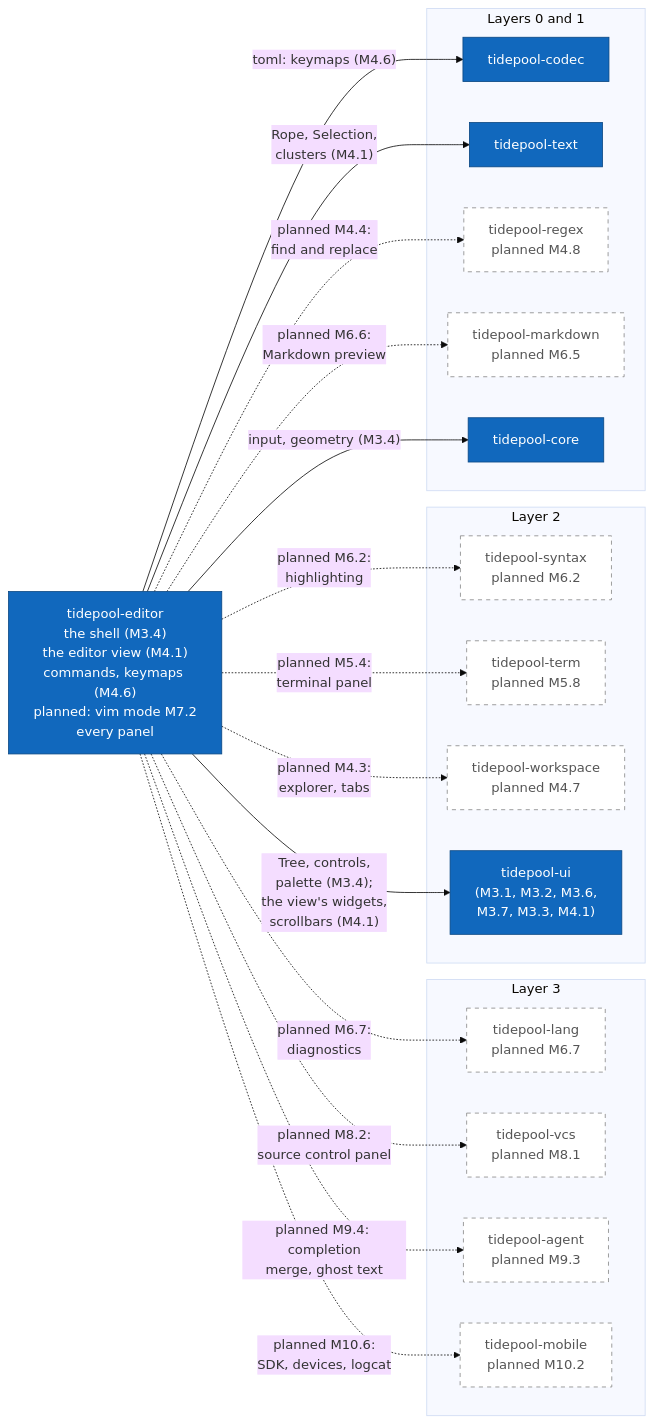
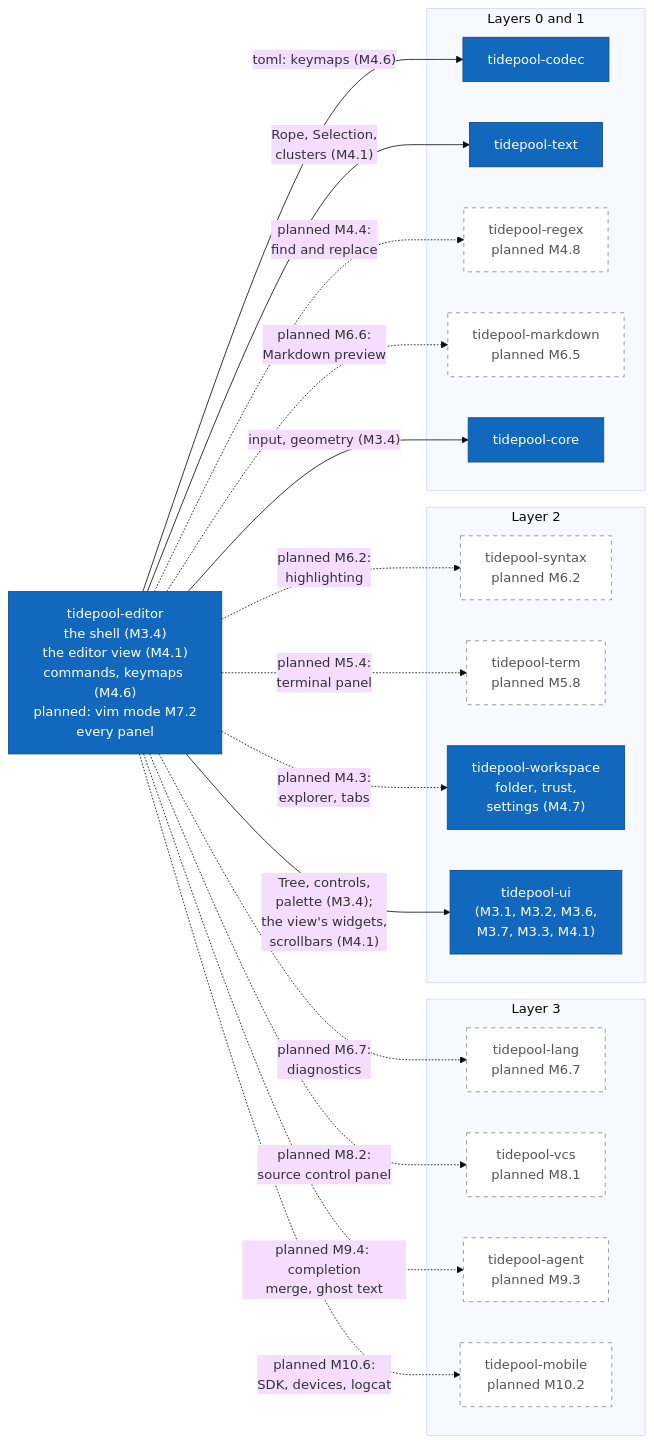
The ninth of 17 diagrams in diagrams/c4-architecture.md (jabbott-iii/Tidepool), drawn with Mermaid (base theme) before and after one commit. The commit also changed other lines of this file and 54 other files, not shown here.

First line of the commit message:
feat(workspace,app): folders, ignore files, trust and settings (M4.7)

````diff
--- a/diagrams/c4-architecture.md
+++ b/diagrams/c4-architecture.md
@@ -499,43 +502,43 @@
 ```mermaid
 flowchart LR
     k_editor["tidepool-editor<br/>the shell (M3.4)<br/>the editor view (M4.1)<br/>commands, keymaps (M4.6)<br/>planned: vim mode M7.2<br/>every panel"]
 
     subgraph L3["Layer 3"]
         k_lang["tidepool-lang<br/>planned M6.7"]
         k_vcs["tidepool-vcs<br/>planned M8.1"]
         k_agent["tidepool-agent<br/>planned M9.3"]
         k_mobile["tidepool-mobile<br/>planned M10.2"]
     end
     subgraph L2["Layer 2"]
         k_syntax["tidepool-syntax<br/>planned M6.2"]
         k_term["tidepool-term<br/>planned M5.8"]
-        k_workspace["tidepool-workspace<br/>planned M4.7"]
+        k_workspace["tidepool-workspace<br/>folder, trust,<br/>settings (M4.7)"]
         k_ui["tidepool-ui<br/>(M3.1, M3.2, M3.6,<br/>M3.7, M3.3, M4.1)"]
     end
     subgraph L01["Layers 0 and 1"]
         k_codec["tidepool-codec"]
         k_text["tidepool-text"]
         k_regex["tidepool-regex<br/>planned M4.8"]
         k_markdown["tidepool-markdown<br/>planned M6.5"]
         k_core["tidepool-core"]
     end
 
     k_editor -->|"input, geometry (M3.4)"| k_core
     k_editor -->|"Rope, Selection,<br/>clusters (M4.1)"| k_text
     k_editor -->|"Tree, controls,<br/>palette (M3.4);<br/>the view's widgets,<br/>scrollbars (M4.1)"| k_ui
     k_editor -->|"toml: keymaps (M4.6)"| k_codec
     k_editor -.->|"planned M4.3:<br/>explorer, tabs"| k_workspace
     k_editor -.->|"planned M4.4:<br/>find and replace"| k_regex
     k_editor -.->|"planned M5.4:<br/>terminal panel"| k_term
     k_editor -.->|"planned M6.2:<br/>highlighting"| k_syntax
     k_editor -.->|"planned M6.7:<br/>diagnostics"| k_lang
     k_editor -.->|"planned M6.6:<br/>Markdown preview"| k_markdown
     k_editor -.->|"planned M8.2:<br/>source control panel"| k_vcs
     k_editor -.->|"planned M9.4: completion<br/>merge, ghost text"| k_agent
     k_editor -.->|"planned M10.6:<br/>SDK, devices, logcat"| k_mobile
 
     classDef built fill:#1168bd,stroke:#0b4884,color:#ffffff
     classDef planned fill:#ffffff,stroke:#888888,stroke-dasharray: 5 5,color:#555555
-    class k_editor,k_codec,k_text,k_core,k_ui built
-    class k_lang,k_vcs,k_agent,k_mobile,k_syntax,k_term,k_workspace,k_regex,k_markdown planned
+    class k_editor,k_codec,k_text,k_core,k_ui,k_workspace built
+    class k_lang,k_vcs,k_agent,k_mobile,k_syntax,k_term,k_regex,k_markdown planned
 ```
````
